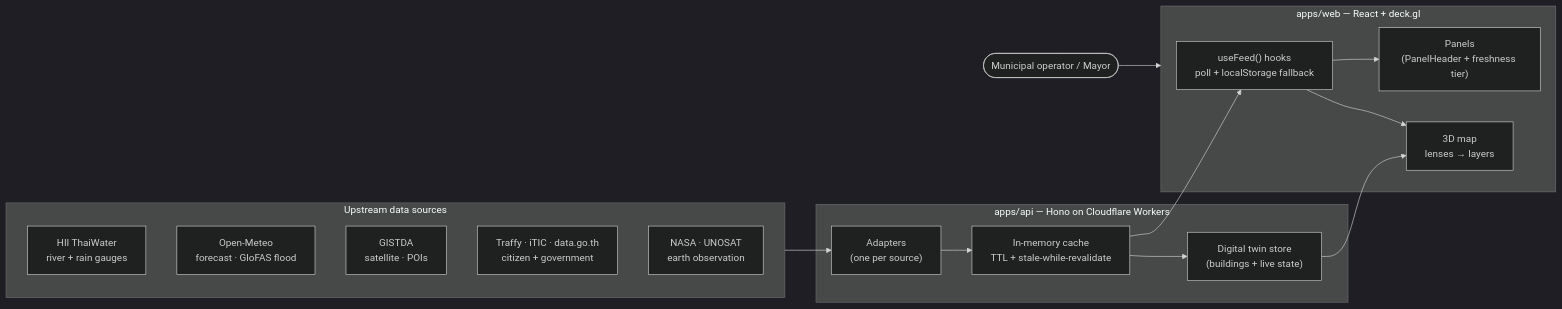
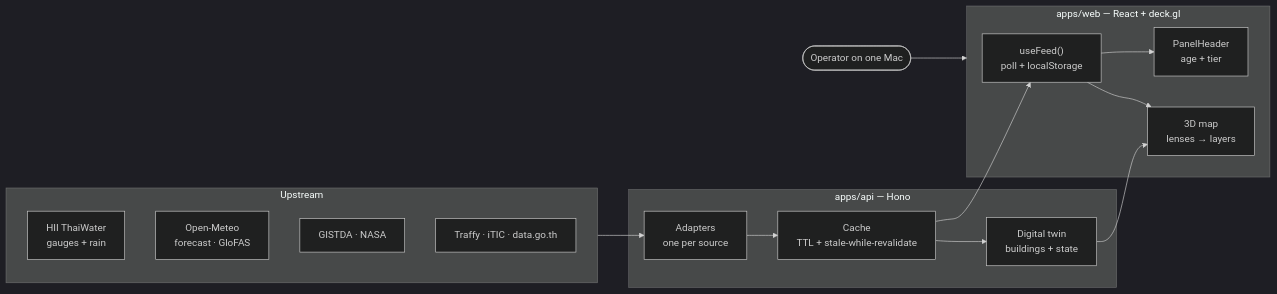
One commit to Nonarkara/nst-control-tower changed the second of 2 diagrams in README.md. Above: the diagram before and after it, drawn with Mermaid (dark theme). The commit also changed other lines of this file and 4 other files, not shown here.

````diff
--- a/README.md
+++ b/README.md
@@ -58,28 +106,26 @@
 ```mermaid
 flowchart LR
-    subgraph Upstream["Upstream data sources"]
-        HII["HII ThaiWater<br/>river + rain gauges"]
-        OM["Open-Meteo<br/>forecast · GloFAS flood"]
-        GISTDA["GISTDA<br/>satellite · POIs"]
-        GOV["Traffy · iTIC · data.go.th<br/>citizen + government"]
-        SAT["NASA · UNOSAT<br/>earth observation"]
+    subgraph Upstream["Upstream"]
+        HII["HII ThaiWater<br/>gauges + rain"]
+        OM["Open-Meteo<br/>forecast · GloFAS"]
+        GISTDA["GISTDA · NASA"]
+        GOV["Traffy · iTIC · data.go.th"]
     end
 
-    subgraph API["apps/api — Hono on Cloudflare Workers"]
-        Adapters["Adapters<br/>(one per source)"]
-        Cache["In-memory cache<br/>TTL + stale-while-revalidate"]
-        Twin["Digital twin store<br/>(buildings + live state)"]
+    subgraph API["apps/api — Hono"]
+        Adapters["Adapters<br/>one per source"]
+        Cache["Cache<br/>TTL + stale-while-revalidate"]
+        Twin["Digital twin<br/>buildings + state"]
     end
 
     subgraph Web["apps/web — React + deck.gl"]
-        Hooks["useFeed() hooks<br/>poll + localStorage fallback"]
-        Panels["Panels<br/>(PanelHeader + freshness tier)"]
+        Hooks["useFeed()<br/>poll + localStorage"]
+        Panels["PanelHeader<br/>age + tier"]
         Map["3D map<br/>lenses → layers"]
     end
 
     Upstream --> Adapters --> Cache --> Hooks --> Panels
     Cache --> Twin --> Map
     Hooks --> Map
-
-    Operator(["Municipal operator / Mayor"]) --> Web
+    Op(["Operator on one Mac"]) --> Web
 ```
````
